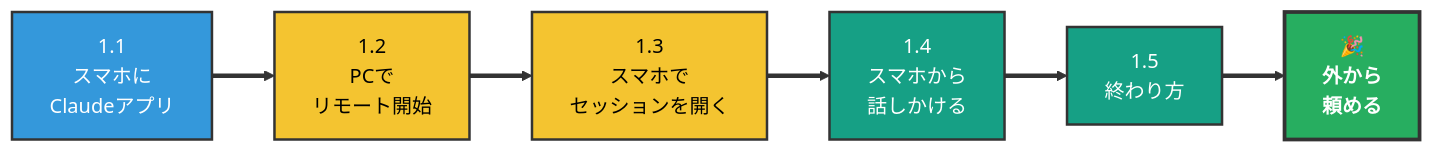
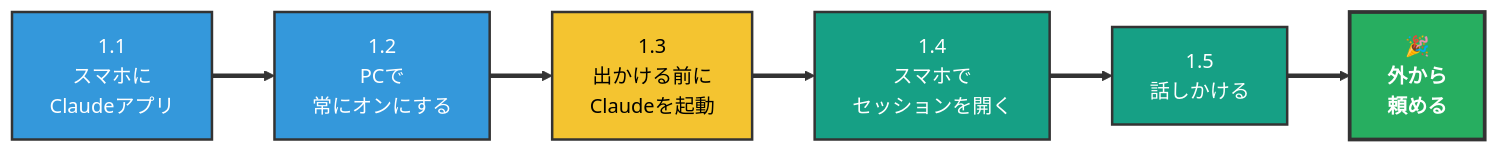
Before and after one commit to kasuyaofcb/tech_docs: the first of 2 diagrams in 05_mobile-workflow/setup.md, drawn with Mermaid. The commit also changed other lines of this file, not shown here.

````diff
--- a/05_mobile-workflow/setup.md
+++ b/05_mobile-workflow/setup.md
@@ -29,15 +29,15 @@
 ```mermaid
 flowchart LR
-    S1["1.1<br/>スマホに<br/>Claudeアプリ"] ==> S2["1.2<br/>PCで<br/>リモート開始"]
-    S2 ==> S3["1.3<br/>スマホで<br/>セッションを開く"]
-    S3 ==> S4["1.4<br/>スマホから<br/>話しかける"]
-    S4 ==> S5["1.5<br/>終わり方"]
+    S1["1.1<br/>スマホに<br/>Claudeアプリ"] ==> S2["1.2<br/>PCで<br/>常にオンにする"]
+    S2 ==> S3["1.3<br/>出かける前に<br/>Claudeを起動"]
+    S3 ==> S4["1.4<br/>スマホで<br/>セッションを開く"]
+    S4 ==> S5["1.5<br/>話しかける"]
     S5 ==> G1["🎉<br/><b>外から<br/>頼める</b>"]
 
     style S1 fill:#3498DB,color:#FFFFFF,stroke:#333,stroke-width:2px
-    style S2 fill:#F4C430,color:#000,stroke:#333,stroke-width:2px
+    style S2 fill:#3498DB,color:#FFFFFF,stroke:#333,stroke-width:2px
     style S3 fill:#F4C430,color:#000,stroke:#333,stroke-width:2px
     style S4 fill:#16A085,color:#FFFFFF,stroke:#333,stroke-width:2px
     style S5 fill:#16A085,color:#FFFFFF,stroke:#333,stroke-width:2px
     style G1 fill:#27AE60,color:#FFFFFF,stroke:#333,stroke-width:3px
 ```
````
